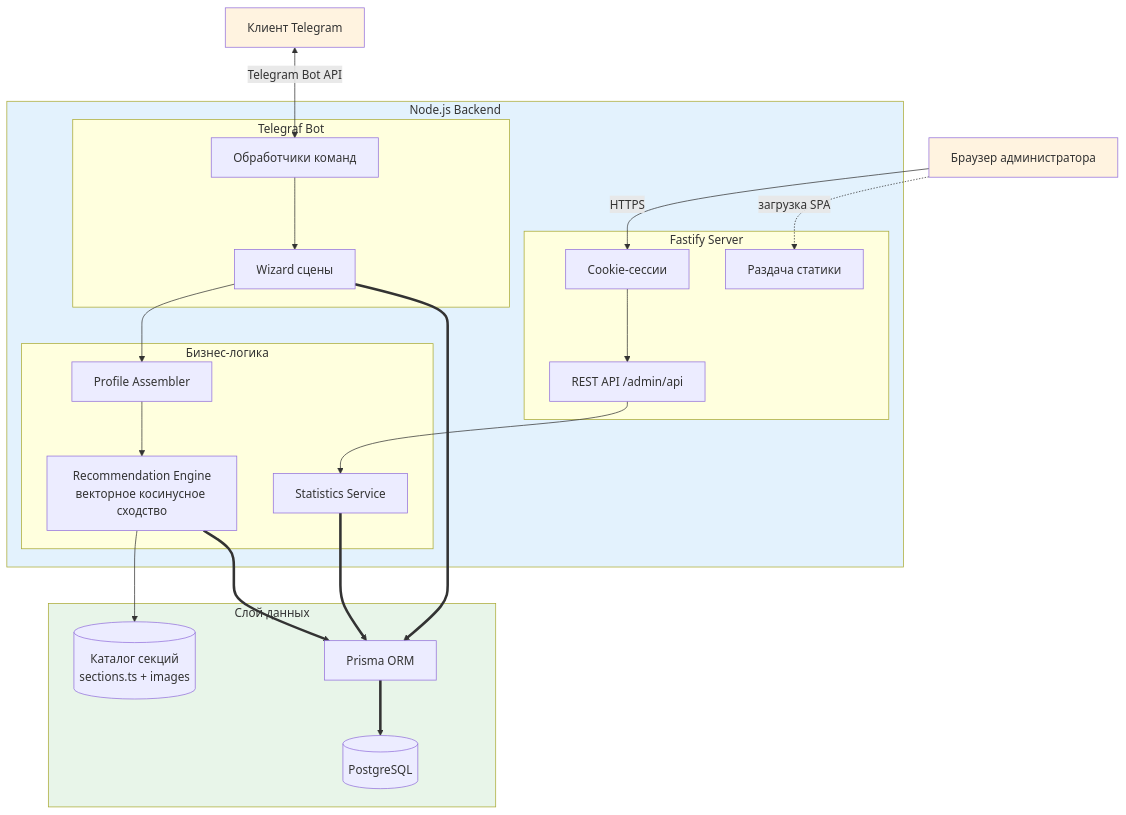
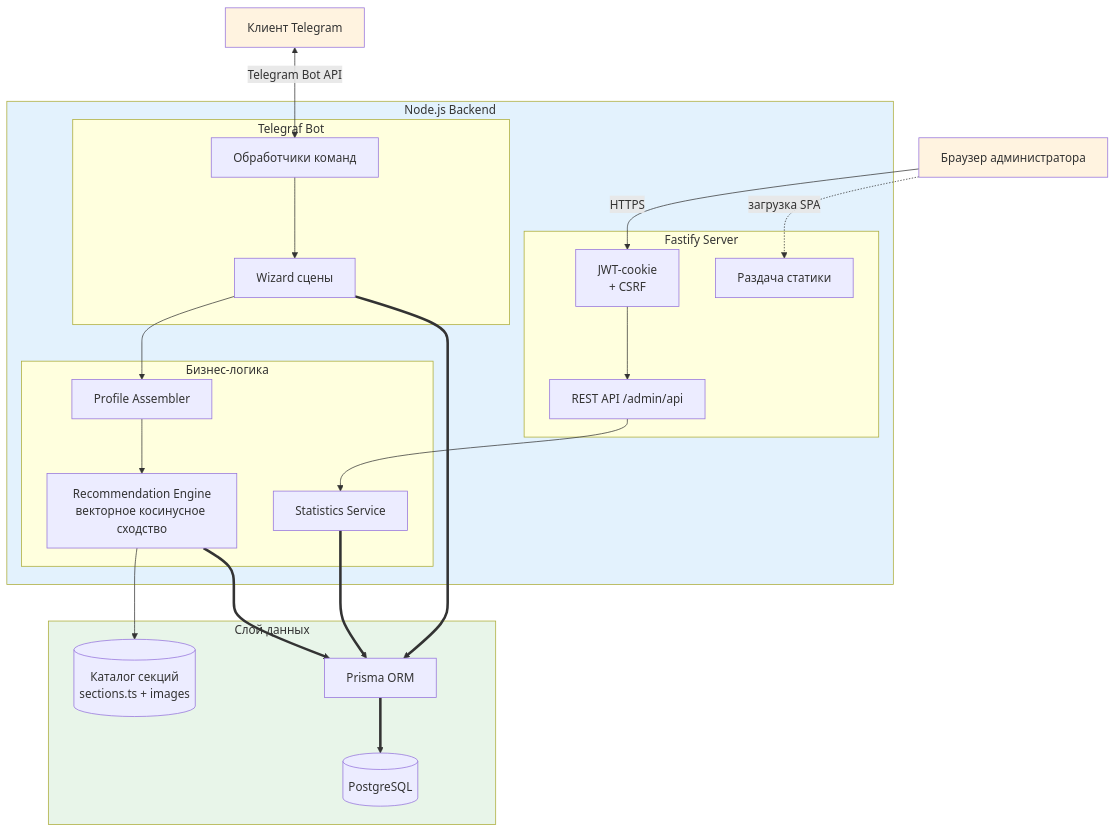
One commit to kotru21/bsuir changed the first of 4 diagrams in docs/ARCHITECTURE.md. Above: the diagram before and after it, drawn with Mermaid. The commit also changed other lines of this file and 14 other files, not shown here.

First line of the commit message:
Migrate admin auth from session to JWT-cookie and CSRF

````diff
--- a/docs/ARCHITECTURE.md
+++ b/docs/ARCHITECTURE.md
@@ -18,51 +18,52 @@
 ```mermaid
 flowchart TB
    User["Клиент Telegram"]
    AdminBrowser["Браузер администратора"]
 
    subgraph Backend["Node.js Backend"]
       subgraph Telegraf["Telegraf Bot"]
          BotHandlers["Обработчики команд"]
          BotScenes["Wizard сцены"]
       end
 
       subgraph FastifyApp["Fastify Server"]
          AdminAPI["REST API /admin/api"]
          StaticFiles["Раздача статики"]
-         Sessions["Cookie-сессии"]
+         Sessions["JWT-cookie
+ + CSRF"]
       end
 
       subgraph BusinessLogic["Бизнес-логика"]
          RecEngine["Recommendation Engine<br/>векторное косинусное сходство"]
          ProfileAssembler["Profile Assembler"]
          StatService["Statistics Service"]
       end
    end
 
    subgraph Data["Слой данных"]
       Prisma["Prisma ORM"]
       DB[(PostgreSQL)]
       Catalog[("Каталог секций<br/>sections.ts + images")]
    end
 
    User <-->|Telegram Bot API| BotHandlers
    BotHandlers --> BotScenes
    BotScenes --> ProfileAssembler
    ProfileAssembler --> RecEngine
 
    AdminBrowser -->|HTTPS| Sessions
    Sessions --> AdminAPI
    AdminBrowser -.->|загрузка SPA| StaticFiles
 
    AdminAPI --> StatService
    RecEngine --> Catalog
    RecEngine ==> Prisma
    BotScenes ==> Prisma
    StatService ==> Prisma
    Prisma ==> DB
 
    style Backend fill:#e3f2fd
    style Data fill:#e8f5e9
    style User fill:#fff3e0
    style AdminBrowser fill:#fff3e0
 ```
````
